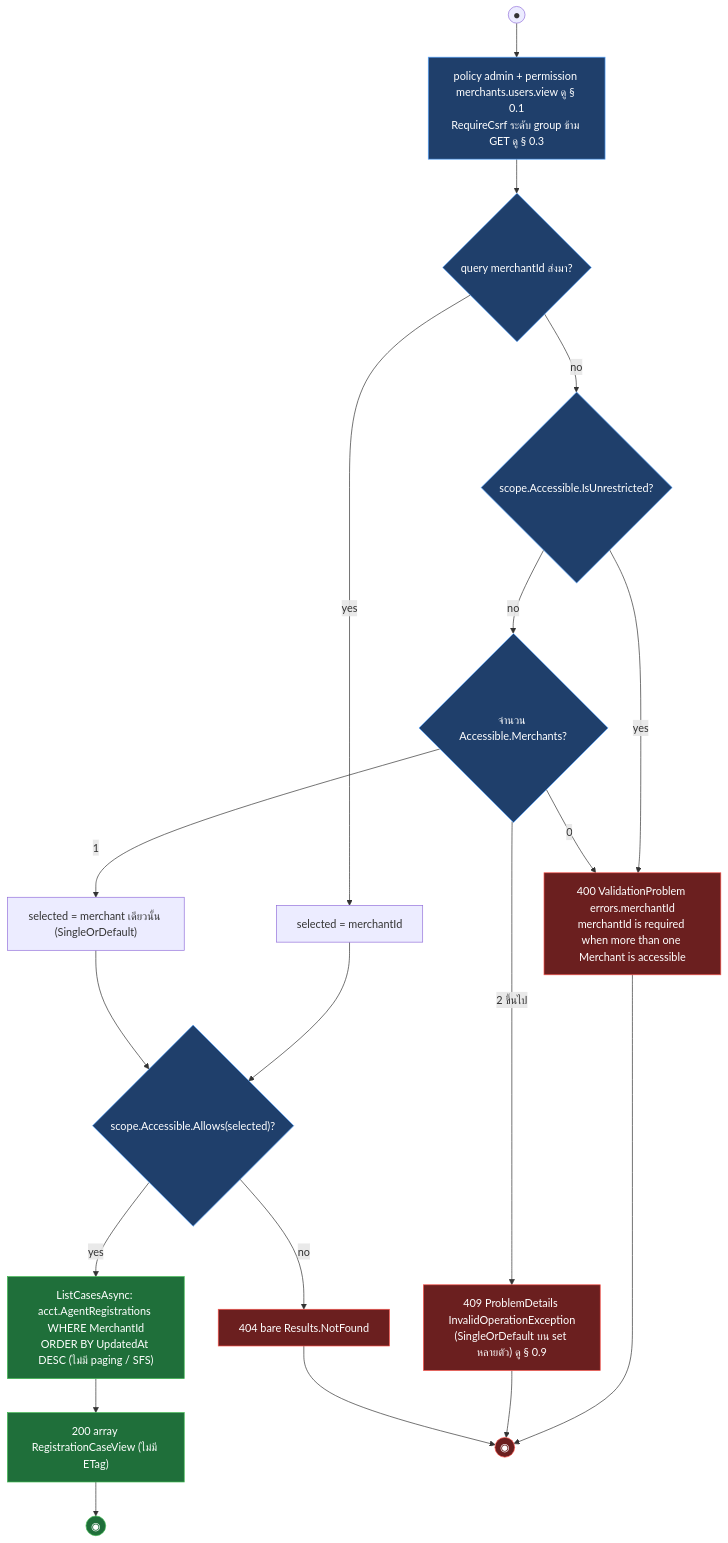
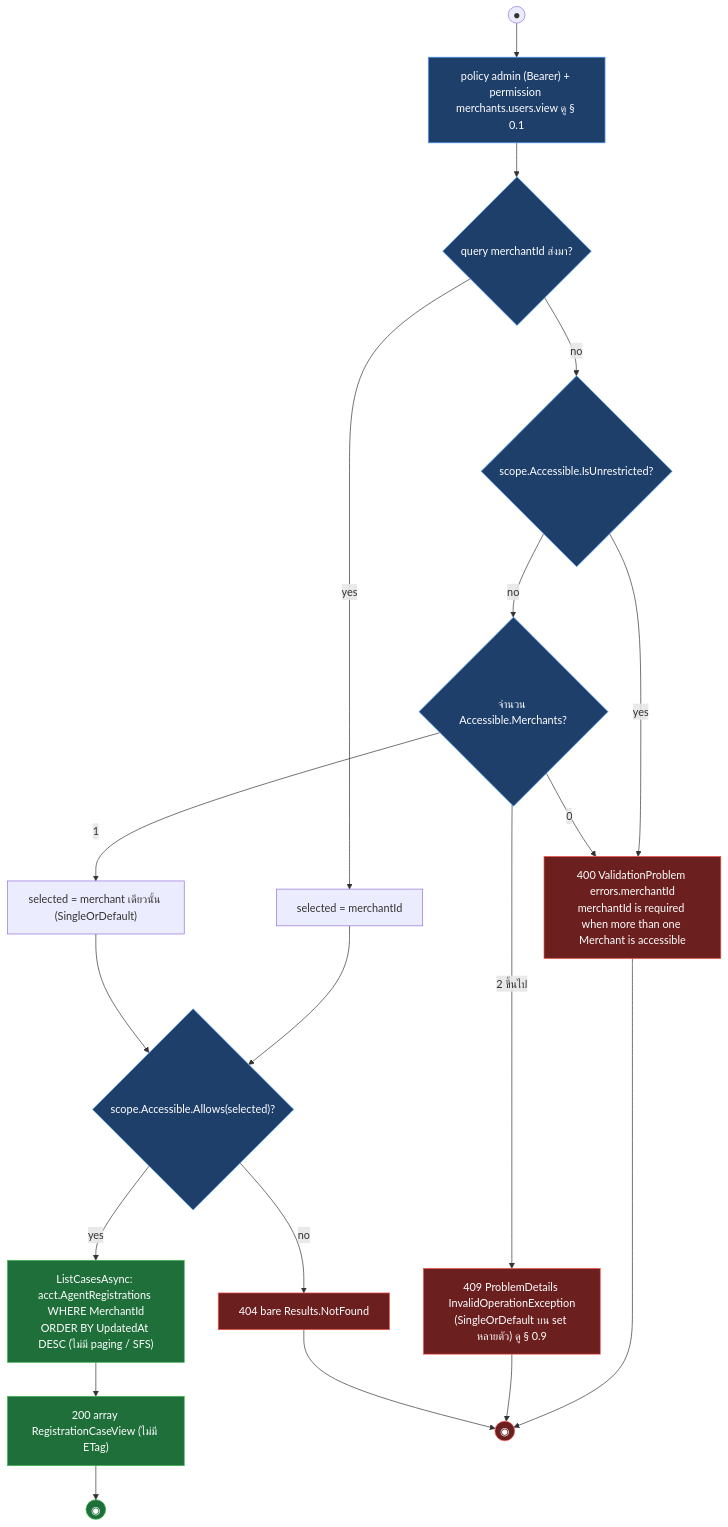
One commit to metrodiesign/pol-core changed the fourth of 6 diagrams in outputs/diagrams/2026-09-14_api-endpoints_v1/03-agent-registration.activities.md. Above: the diagram before and after it, drawn with Mermaid. The commit also changed other lines of this file and 42 other files, not shown here.

First line of the commit message:
docs: align reference docs and the API diagram set with the Bearer-only admin plane

````diff
--- a/outputs/diagrams/2026-09-14_api-endpoints_v1/03-agent-registration.activities.md
+++ b/outputs/diagrams/2026-09-14_api-endpoints_v1/03-agent-registration.activities.md
@@ -164,28 +164,28 @@
 ```mermaid
 flowchart TD
-    START((●)) --> AUTHZ["policy admin + permission merchants.users.view ดู § 0.1<br/>RequireCsrf ระดับ group ข้าม GET ดู § 0.3"]
+    START((●)) --> AUTHZ["policy admin (Bearer) + permission merchants.users.view ดู § 0.1"]
     AUTHZ --> Q{"query merchantId ส่งมา?"}
     Q -->|yes| SEL["selected = merchantId"]
     Q -->|no| UNR{"scope.Accessible.IsUnrestricted?"}
     UNR -->|yes| R400["400 ValidationProblem errors.merchantId<br/>merchantId is required when more than one Merchant is accessible"]
     UNR -->|no| CNT{"จำนวน Accessible.Merchants?"}
     CNT -->|"1"| SEL1["selected = merchant เดียวนั้น (SingleOrDefault)"]
     CNT -->|"0"| R400
     CNT -->|"2 ขึ้นไป"| R409["409 ProblemDetails InvalidOperationException<br/>(SingleOrDefault บน set หลายตัว) ดู § 0.9"]
     SEL --> ALLOW{"scope.Accessible.Allows(selected)?"}
     SEL1 --> ALLOW
     ALLOW -->|no| R404["404 bare Results.NotFound"]
     ALLOW -->|yes| LIST["ListCasesAsync: acct.AgentRegistrations WHERE MerchantId<br/>ORDER BY UpdatedAt DESC (ไม่มี paging / SFS)"]
     LIST --> R200["200 array RegistrationCaseView (ไม่มี ETag)"]
     R200 --> END_S((◉))
     R400 --> END_F((◉))
     R409 --> END_F
     R404 --> END_F
 
     classDef ok fill:#1f6f3a,stroke:#3fb950,color:#fff
     classDef fail fill:#6b1f1f,stroke:#f85149,color:#fff
     classDef gate fill:#1f3f6b,stroke:#58a6ff,color:#fff
     class LIST,R200,END_S ok
     class R400,R409,R404,END_F fail
     class AUTHZ,Q,UNR,CNT,ALLOW gate
 ```
````
